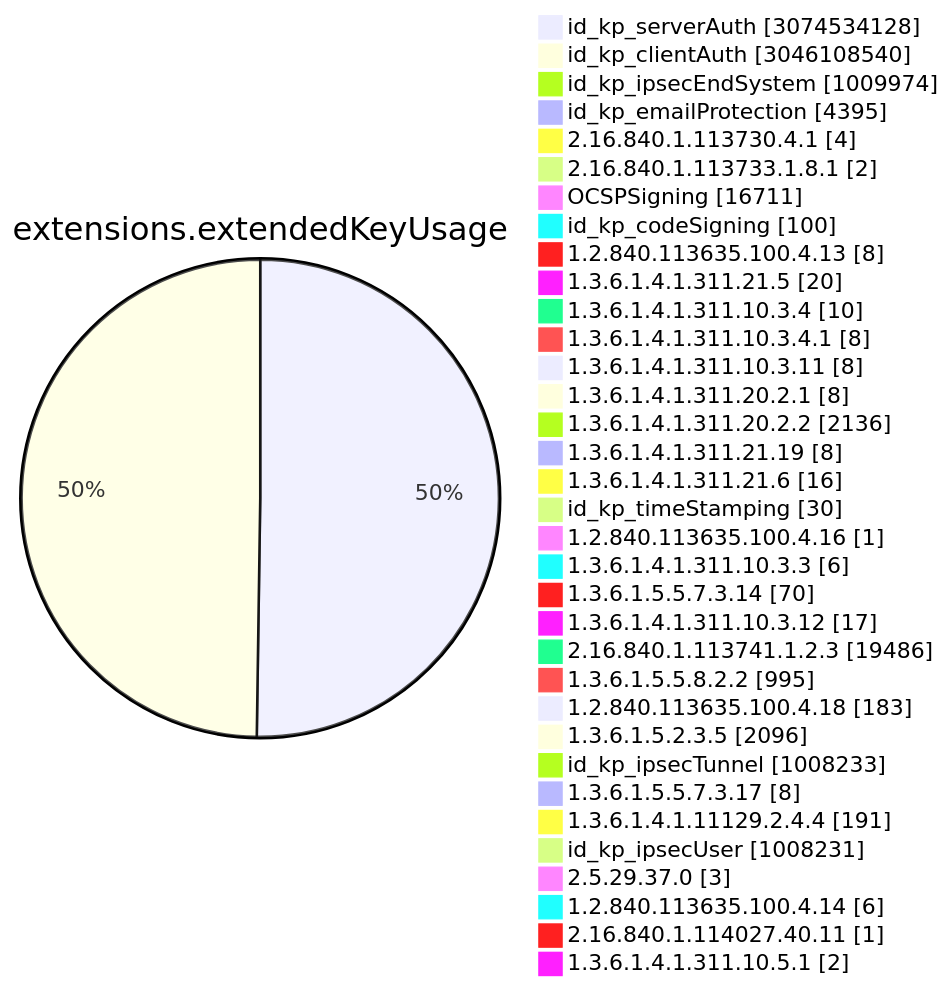
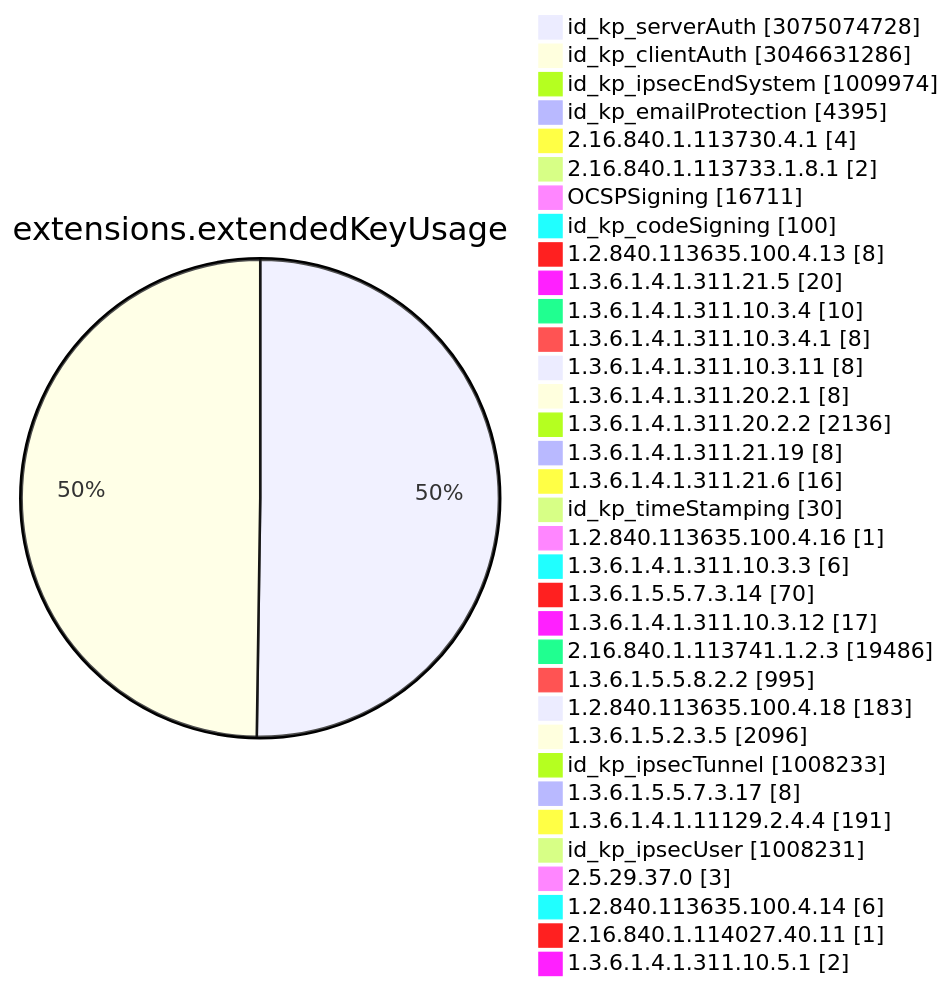
Diagram 11 of 15 in TOTAL/README.md (christiankrug/ctmonitor_visualization), drawn with Mermaid before and after one commit. The commit also changed other lines of this file, not shown here.

````diff
--- a/TOTAL/README.md
+++ b/TOTAL/README.md
@@ -4119,38 +4119,38 @@
 ```mermaid
 pie showData
 title extensions.extendedKeyUsage
-"id_kp_serverAuth" :3074534128
-"id_kp_clientAuth" :3046108540
+"id_kp_serverAuth" :3075074728
+"id_kp_clientAuth" :3046631286
 "id_kp_ipsecEndSystem" :1009974
 "id_kp_emailProtection" :4395
 "2.16.840.1.113730.4.1" :4
 "2.16.840.1.113733.1.8.1" :2
 "OCSPSigning" :16711
 "id_kp_codeSigning" :100
 "1.2.840.113635.100.4.13" :8
 "1.3.6.1.4.1.311.21.5" :20
 "1.3.6.1.4.1.311.10.3.4" :10
 "1.3.6.1.4.1.311.10.3.4.1" :8
 "1.3.6.1.4.1.311.10.3.11" :8
 "1.3.6.1.4.1.311.20.2.1" :8
 "1.3.6.1.4.1.311.20.2.2" :2136
 "1.3.6.1.4.1.311.21.19" :8
 "1.3.6.1.4.1.311.21.6" :16
 "id_kp_timeStamping" :30
 "1.2.840.113635.100.4.16" :1
 "1.3.6.1.4.1.311.10.3.3" :6
 "1.3.6.1.5.5.7.3.14" :70
 "1.3.6.1.4.1.311.10.3.12" :17
 "2.16.840.1.113741.1.2.3" :19486
 "1.3.6.1.5.5.8.2.2" :995
 "1.2.840.113635.100.4.18" :183
 "1.3.6.1.5.2.3.5" :2096
 "id_kp_ipsecTunnel" :1008233
 "1.3.6.1.5.5.7.3.17" :8
 "1.3.6.1.4.1.11129.2.4.4" :191
 "id_kp_ipsecUser" :1008231
 "2.5.29.37.0" :3
 "1.2.840.113635.100.4.14" :6
 "2.16.840.1.114027.40.11" :1
 "1.3.6.1.4.1.311.10.5.1" :2
 ```
````
